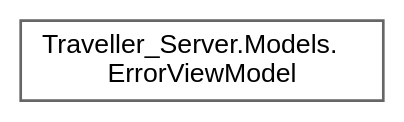
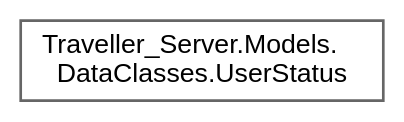
One commit to VenelinArgirov/manual-tecnico.github.io changed the diagram in Servidor/inherit_graph_66.dot. Above: the diagram before and after it, drawn with Graphviz. The commit also changed 1719 other files, not shown here.

```diff
--- a/Servidor/inherit_graph_66.dot
+++ b/Servidor/inherit_graph_66.dot
@@ -1,9 +1,9 @@
 digraph "Graphical Class Hierarchy"
 {
  // LATEX_PDF_SIZE
   bgcolor="transparent";
   edge [fontname=Helvetica,fontsize=10,labelfontname=Helvetica,labelfontsize=10];
   node [fontname=Helvetica,fontsize=10,shape=box,height=0.2,width=0.4];
   rankdir="LR";
-  Node0 [label="Traveller_Server.Models.\lErrorViewModel",height=0.2,width=0.4,color="grey40", fillcolor="white", style="filled",URL="$class_traveller___server_1_1_models_1_1_error_view_model.html",tooltip=" "];
+  Node0 [label="Traveller_Server.Models.\lDataClasses.UserStatus",height=0.2,width=0.4,color="grey40", fillcolor="white", style="filled",URL="$class_traveller___server_1_1_models_1_1_data_classes_1_1_user_status.html",tooltip="Data class of user status. Represents the status of a user."];
 }
```
